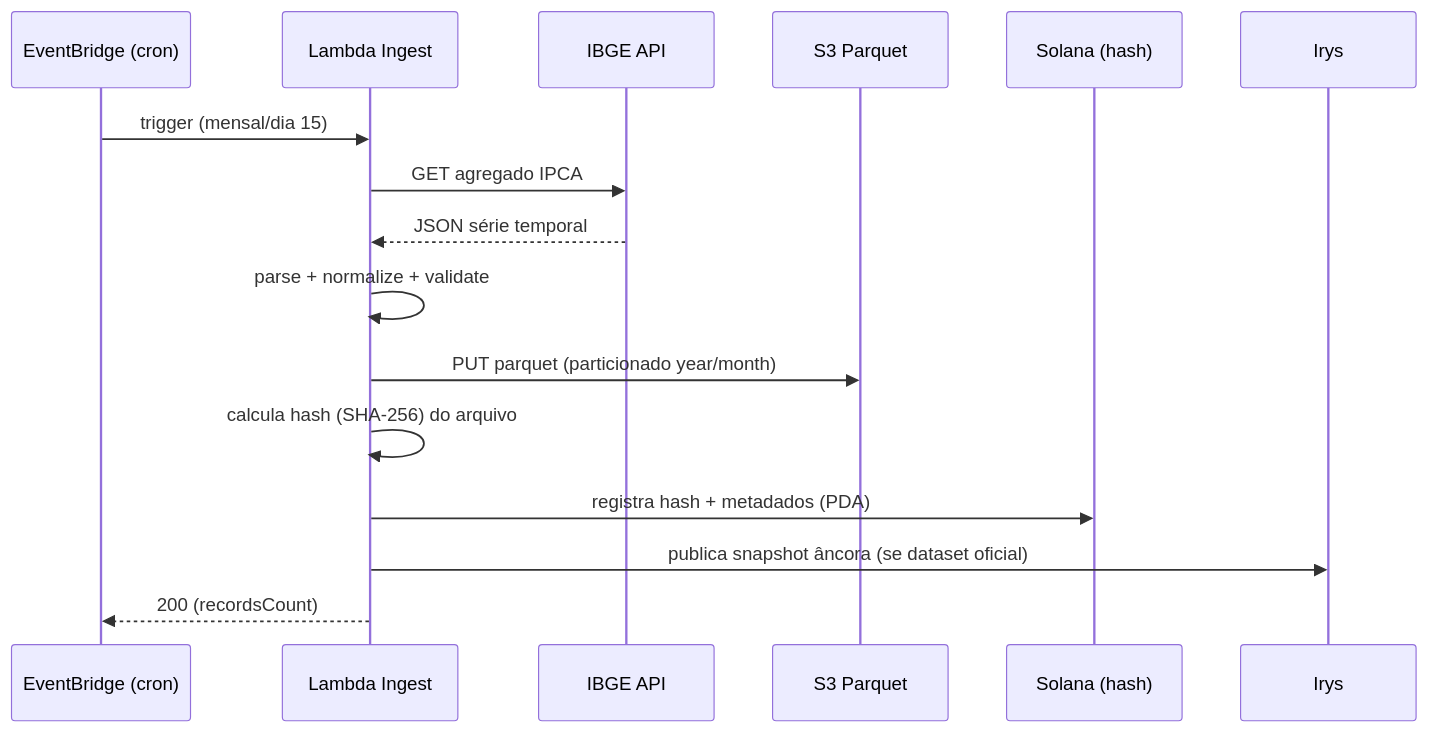
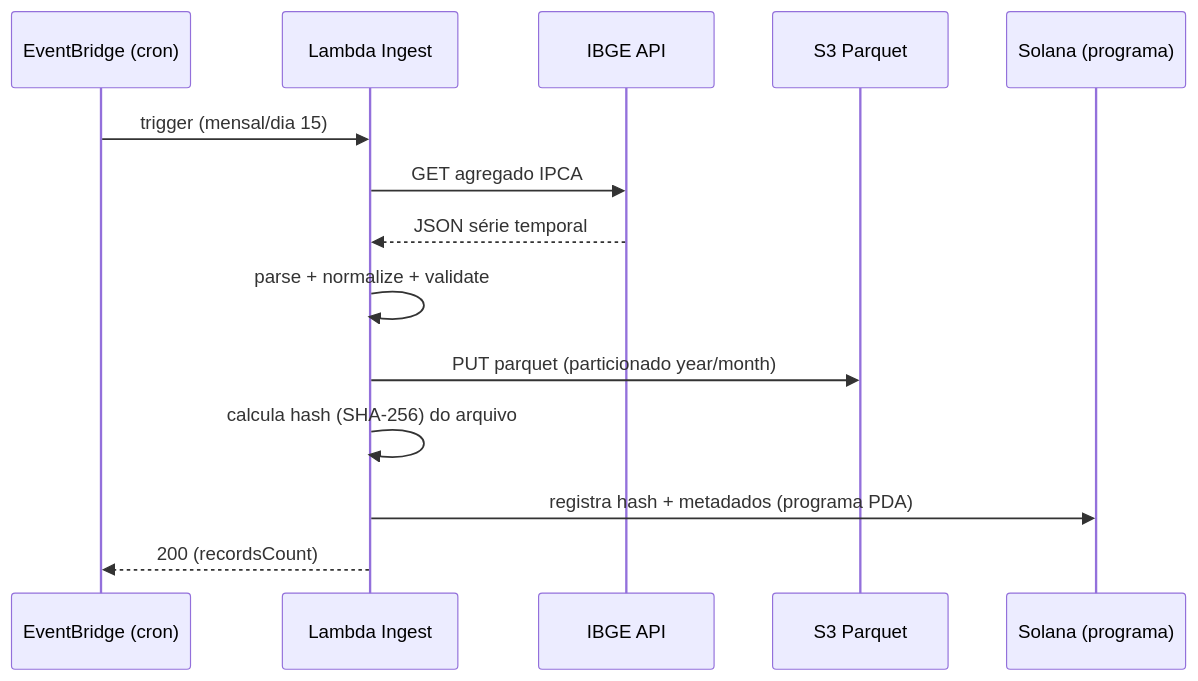
Before and after one commit to cesschneider/colosseum-hackathon: the fourth of 4 diagrams in docs/architecture/C4-DIAGRAM.md, drawn with Mermaid. The commit also changed other lines of this file and 18 other files, not shown here.

Commit message:
docs: Restringe escopo a Solana NATIVO (remove cross-chain Irys/Walrus); reescreve PRD/stories/plano

````diff
--- a/docs/architecture/C4-DIAGRAM.md
+++ b/docs/architecture/C4-DIAGRAM.md
@@ -97,19 +95,17 @@
 ```mermaid
 sequenceDiagram
     participant EB as EventBridge (cron)
     participant L as Lambda Ingest
     participant IBGE as IBGE API
     participant S3 as S3 Parquet
-    participant Sol as Solana (hash)
-    participant Irys as Irys
+    participant Sol as Solana (programa)
 
     EB->>L: trigger (mensal/dia 15)
     L->>IBGE: GET agregado IPCA
     IBGE-->>L: JSON série temporal
     L->>L: parse + normalize + validate
     L->>S3: PUT parquet (particionado year/month)
     L->>L: calcula hash (SHA-256) do arquivo
-    L->>Sol: registra hash + metadados (PDA)
-    L->>Irys: publica snapshot âncora (se dataset oficial)
+    L->>Sol: registra hash + metadados (programa PDA)
     L-->>EB: 200 (recordsCount)
 ```
````
